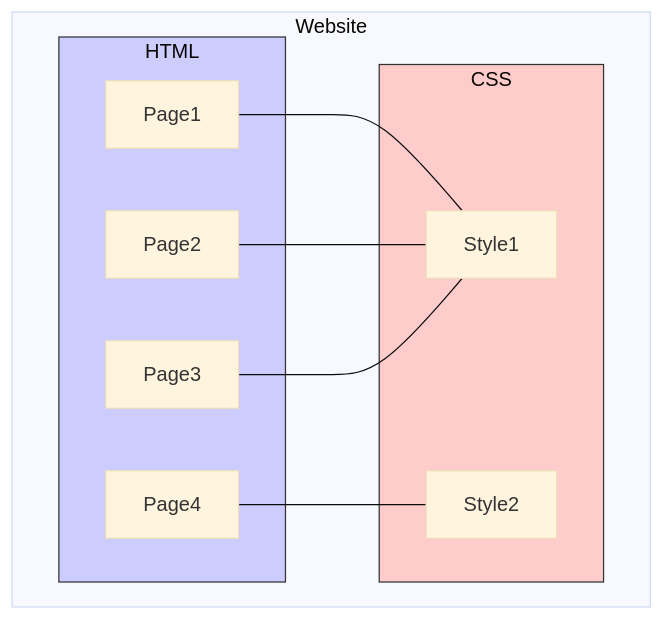
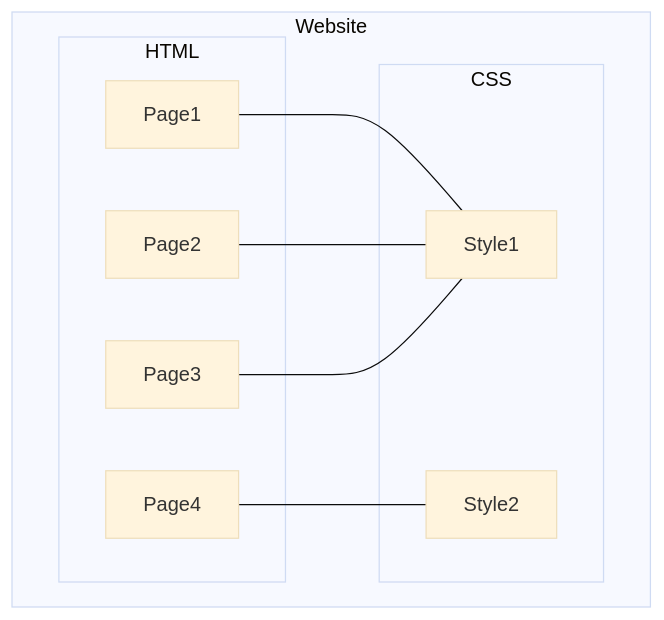
One commit to cesarsotovalero/cesarsotovalero.github.io changed the seventh of 10 diagrams in _posts/2024/2024-01-12-the-evolution-of-the-web-from-html-to-webassembly.md. Above: the diagram before and after it, drawn with Mermaid. The commit also changed other lines of this file and 4 other files, not shown here.

````diff
--- a/_posts/2024/2024-01-12-the-evolution-of-the-web-from-html-to-webassembly.md
+++ b/_posts/2024/2024-01-12-the-evolution-of-the-web-from-html-to-webassembly.md
@@ -439,24 +440,21 @@
 ```mermaid
 %%{init: {'theme':'base'}}%%
 flowchart TB  
   subgraph Website
     direction LR 
     subgraph HTML
         Page1
         Page2
         Page3
         Page4   
     end
     subgraph CSS
         Style1
         Style2
     end
   end
   Page1 --- Style1
   Page2 --- Style1
   Page3 --- Style1
   Page4 --- Style2
-  
-  style HTML fill:#ccf,stroke:#333
-  style CSS fill:#ffcccc,stroke:#333
-  ```
+```
````
